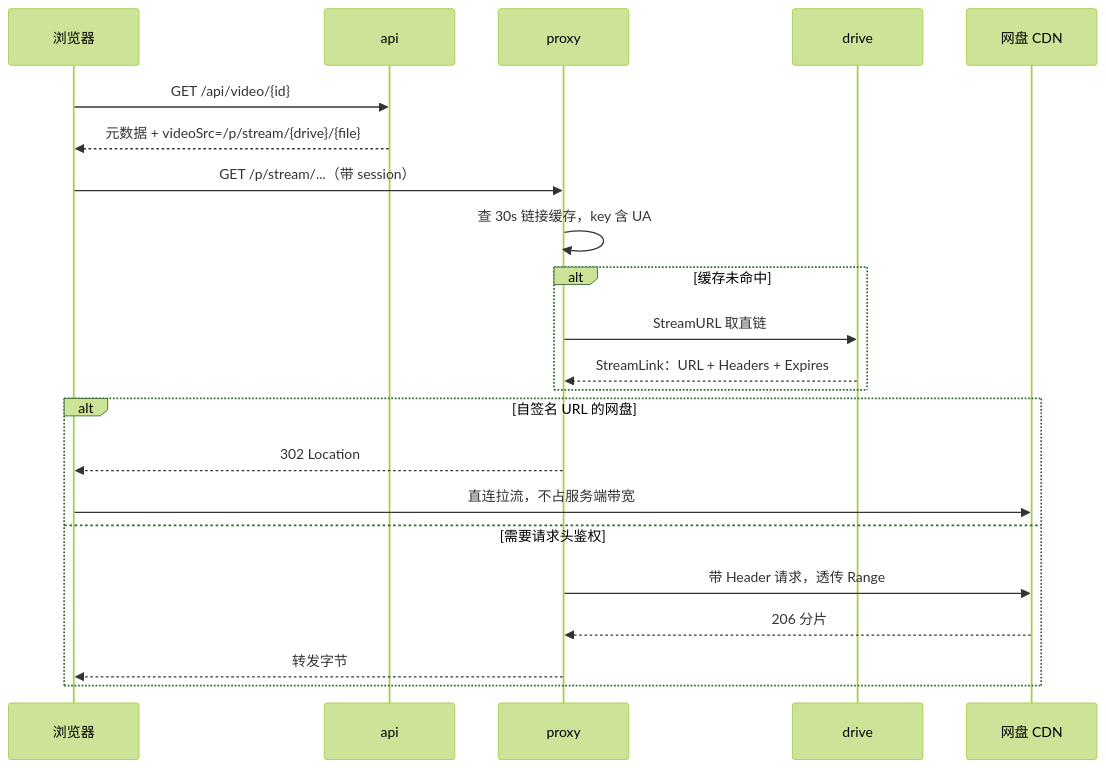
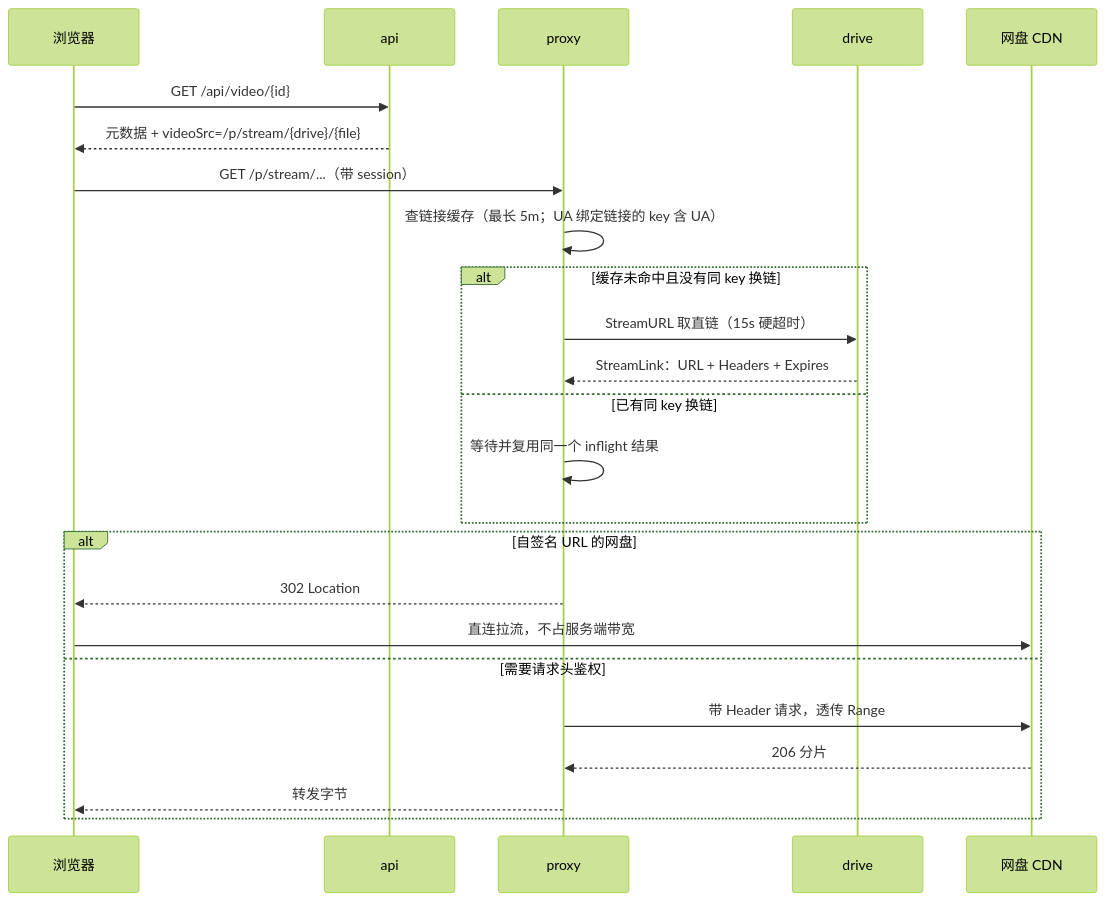
The second of 3 diagrams in backend/README.md (BAIBAIGE/91), drawn with Mermaid (forest theme) before and after one commit. The commit also changed other lines of this file and 5 other files, not shown here.

````diff
--- a/backend/README.md
+++ b/backend/README.md
@@ -238,25 +242,27 @@
 ```mermaid
 sequenceDiagram
     participant B as 浏览器
     participant A as api
     participant P as proxy
     participant D as drive
     participant C as 网盘 CDN
 
     B->>A: GET /api/video/{id}
     A-->>B: 元数据 + videoSrc=/p/stream/{drive}/{file}
     B->>P: GET /p/stream/...（带 session）
-    P->>P: 查 30s 链接缓存，key 含 UA
-    alt 缓存未命中
-        P->>D: StreamURL 取直链
+    P->>P: 查链接缓存（最长 5m；UA 绑定链接的 key 含 UA）
+    alt 缓存未命中且没有同 key 换链
+        P->>D: StreamURL 取直链（15s 硬超时）
         D-->>P: StreamLink：URL + Headers + Expires
+    else 已有同 key 换链
+        P->>P: 等待并复用同一个 inflight 结果
     end
     alt 自签名 URL 的网盘
         P-->>B: 302 Location
         B->>C: 直连拉流，不占服务端带宽
     else 需要请求头鉴权
         P->>C: 带 Header 请求，透传 Range
         C-->>P: 206 分片
         P-->>B: 转发字节
     end
 ```
````
